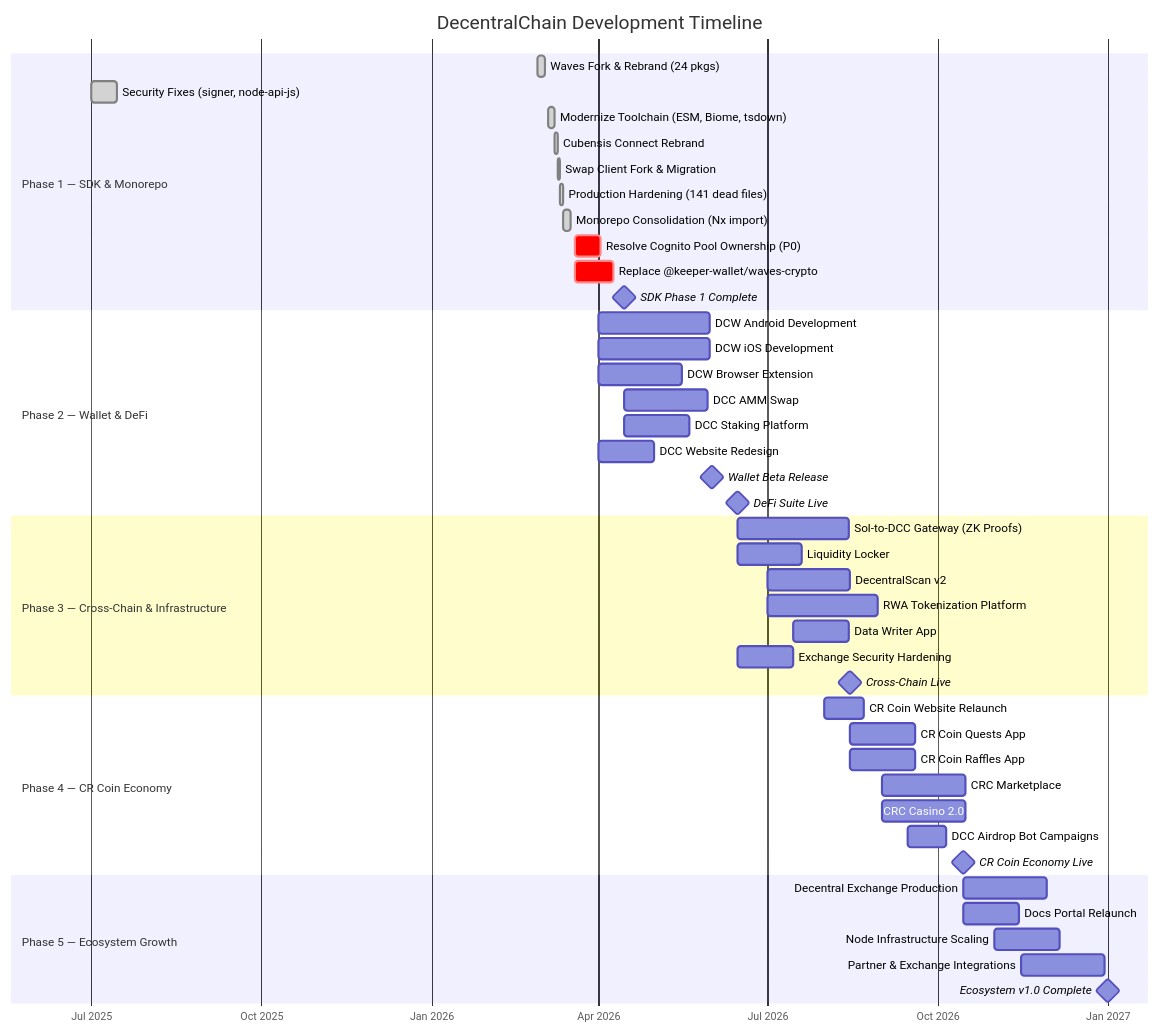
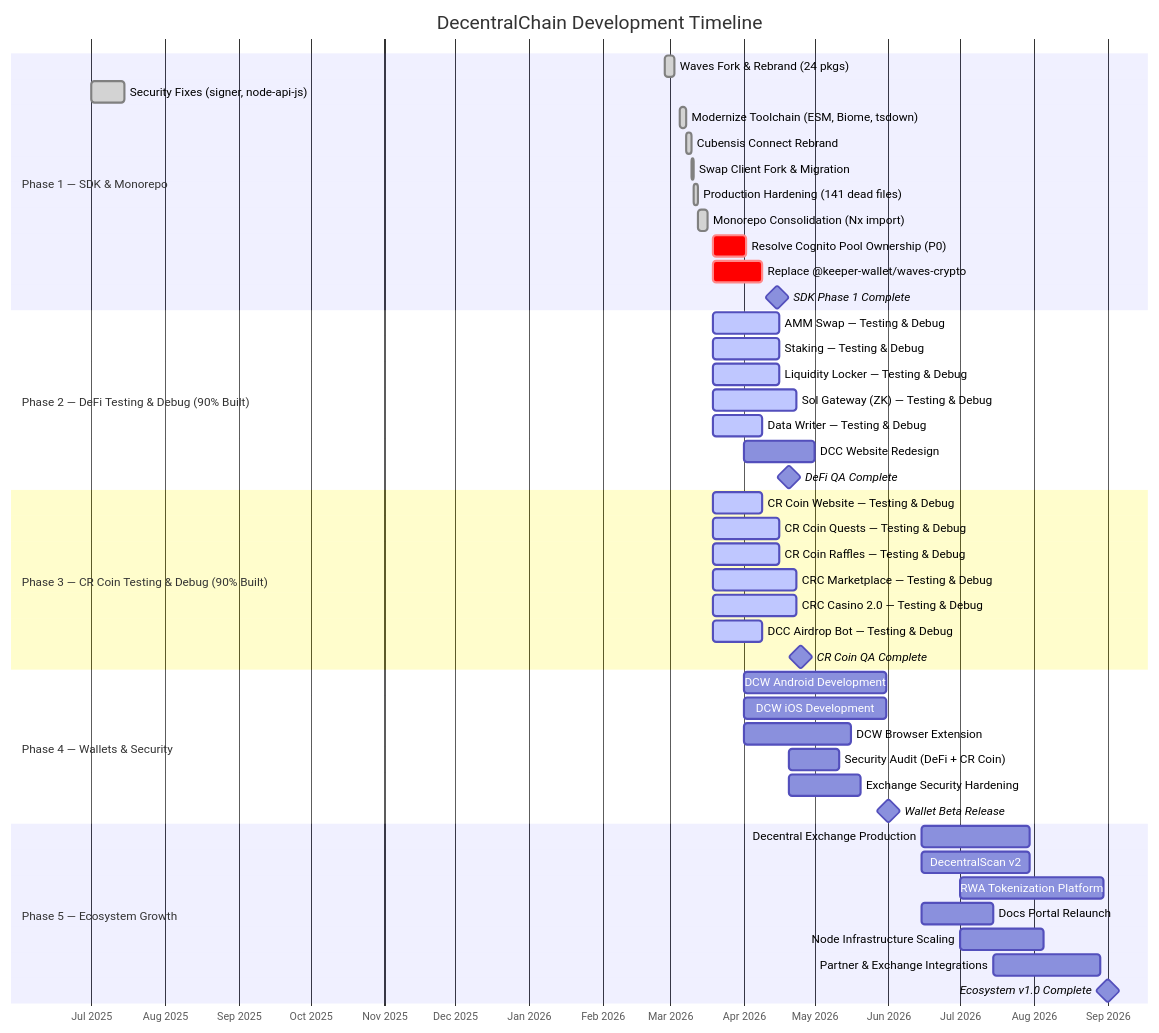
One commit to 33imattei33/roadmap-project changed the third of 11 diagrams in ROADMAP.md. Above: the diagram before and after it, drawn with Mermaid. The commit also changed other lines of this file, not shown here.

First line of the commit message:
Update roadmap: 12 projects are 90% complete and on mainnet

````diff
--- a/ROADMAP.md
+++ b/ROADMAP.md
@@ -109,54 +108,54 @@
 ```mermaid
 gantt
     title DecentralChain Development Timeline
     dateFormat  YYYY-MM-DD
     axisFormat  %b %Y
     todayMarker stroke-width:3px,stroke:#ff0000
 
     section Phase 1 — SDK & Monorepo
     Waves Fork & Rebrand (24 pkgs)         :done, a1, 2026-02-27, 4d
     Security Fixes (signer, node-api-js)   :done, a2, 2025-07-01, 14d
     Modernize Toolchain (ESM, Biome, tsdown) :done, a3, 2026-03-05, 3d
     Cubensis Connect Rebrand               :done, a4, 2026-03-08, 2d
     Swap Client Fork & Migration           :done, a5, 2026-03-10, 1d
     Production Hardening (141 dead files)   :done, a6, 2026-03-11, 2d
     Monorepo Consolidation (Nx import)     :done, a7, 2026-03-13, 4d
     Resolve Cognito Pool Ownership (P0)    :crit, a8, 2026-03-19, 14d
     Replace @keeper-wallet/waves-crypto    :crit, a9, 2026-03-19, 21d
     SDK Phase 1 Complete                   :milestone, m1, 2026-04-15, 0d
 
-    section Phase 2 — Wallet & DeFi
-    DCW Android Development                :b1, 2026-04-01, 60d
-    DCW iOS Development                    :b2, 2026-04-01, 60d
-    DCW Browser Extension                  :b3, 2026-04-01, 45d
-    DCC AMM Swap                           :b4, 2026-04-15, 45d
-    DCC Staking Platform                   :b5, 2026-04-15, 35d
+    section Phase 2 — DeFi Testing & Debug (90% Built)
+    AMM Swap — Testing & Debug             :active, b1, 2026-03-19, 28d
+    Staking — Testing & Debug              :active, b2, 2026-03-19, 28d
+    Liquidity Locker — Testing & Debug     :active, b3, 2026-03-19, 28d
+    Sol Gateway (ZK) — Testing & Debug     :active, b4, 2026-03-19, 35d
+    Data Writer — Testing & Debug          :active, b5, 2026-03-19, 21d
     DCC Website Redesign                   :b6, 2026-04-01, 30d
-    Wallet Beta Release                    :milestone, m2, 2026-06-01, 0d
-    DeFi Suite Live                        :milestone, m3, 2026-06-15, 0d
+    DeFi QA Complete                       :milestone, m2, 2026-04-20, 0d
 
-    section Phase 3 — Cross-Chain & Infrastructure
-    Sol-to-DCC Gateway (ZK Proofs)         :c1, 2026-06-15, 60d
-    Liquidity Locker                       :c2, 2026-06-15, 35d
-    DecentralScan v2                       :c3, 2026-07-01, 45d
-    RWA Tokenization Platform              :c4, 2026-07-01, 60d
-    Data Writer App                        :c5, 2026-07-15, 30d
-    Exchange Security Hardening            :c6, 2026-06-15, 30d
-    Cross-Chain Live                       :milestone, m4, 2026-08-15, 0d
+    section Phase 3 — CR Coin Testing & Debug (90% Built)
+    CR Coin Website — Testing & Debug      :active, c1, 2026-03-19, 21d
+    CR Coin Quests — Testing & Debug       :active, c2, 2026-03-19, 28d
+    CR Coin Raffles — Testing & Debug      :active, c3, 2026-03-19, 28d
+    CRC Marketplace — Testing & Debug      :active, c4, 2026-03-19, 35d
+    CRC Casino 2.0 — Testing & Debug       :active, c5, 2026-03-19, 35d
+    DCC Airdrop Bot — Testing & Debug      :active, c6, 2026-03-19, 21d
+    CR Coin QA Complete                    :milestone, m3, 2026-04-25, 0d
 
-    section Phase 4 — CR Coin Economy
-    CR Coin Website Relaunch               :d1, 2026-08-01, 21d
-    CR Coin Quests App                     :d2, 2026-08-15, 35d
-    CR Coin Raffles App                    :d3, 2026-08-15, 35d
-    CRC Marketplace                        :d4, 2026-09-01, 45d
-    CRC Casino 2.0                         :d5, 2026-09-01, 45d
-    DCC Airdrop Bot Campaigns              :d6, 2026-09-15, 21d
-    CR Coin Economy Live                   :milestone, m5, 2026-10-15, 0d
+    section Phase 4 — Wallets & Security
+    DCW Android Development                :d1, 2026-04-01, 60d
+    DCW iOS Development                    :d2, 2026-04-01, 60d
+    DCW Browser Extension                  :d3, 2026-04-01, 45d
+    Security Audit (DeFi + CR Coin)        :d4, 2026-04-20, 21d
+    Exchange Security Hardening            :d5, 2026-04-20, 30d
+    Wallet Beta Release                    :milestone, m4, 2026-06-01, 0d
 
     section Phase 5 — Ecosystem Growth
-    Decentral Exchange Production          :e1, 2026-10-15, 45d
-    Docs Portal Relaunch                   :e2, 2026-10-15, 30d
-    Node Infrastructure Scaling            :e3, 2026-11-01, 35d
-    Partner & Exchange Integrations        :e4, 2026-11-15, 45d
-    Ecosystem v1.0 Complete                :milestone, m6, 2027-01-01, 0d
+    Decentral Exchange Production          :e1, 2026-06-15, 45d
+    DecentralScan v2                       :e2, 2026-06-15, 45d
+    RWA Tokenization Platform              :e3, 2026-07-01, 60d
+    Docs Portal Relaunch                   :e4, 2026-06-15, 30d
+    Node Infrastructure Scaling            :e5, 2026-07-01, 35d
+    Partner & Exchange Integrations        :e6, 2026-07-15, 45d
+    Ecosystem v1.0 Complete                :milestone, m5, 2026-09-01, 0d
 ```
````
